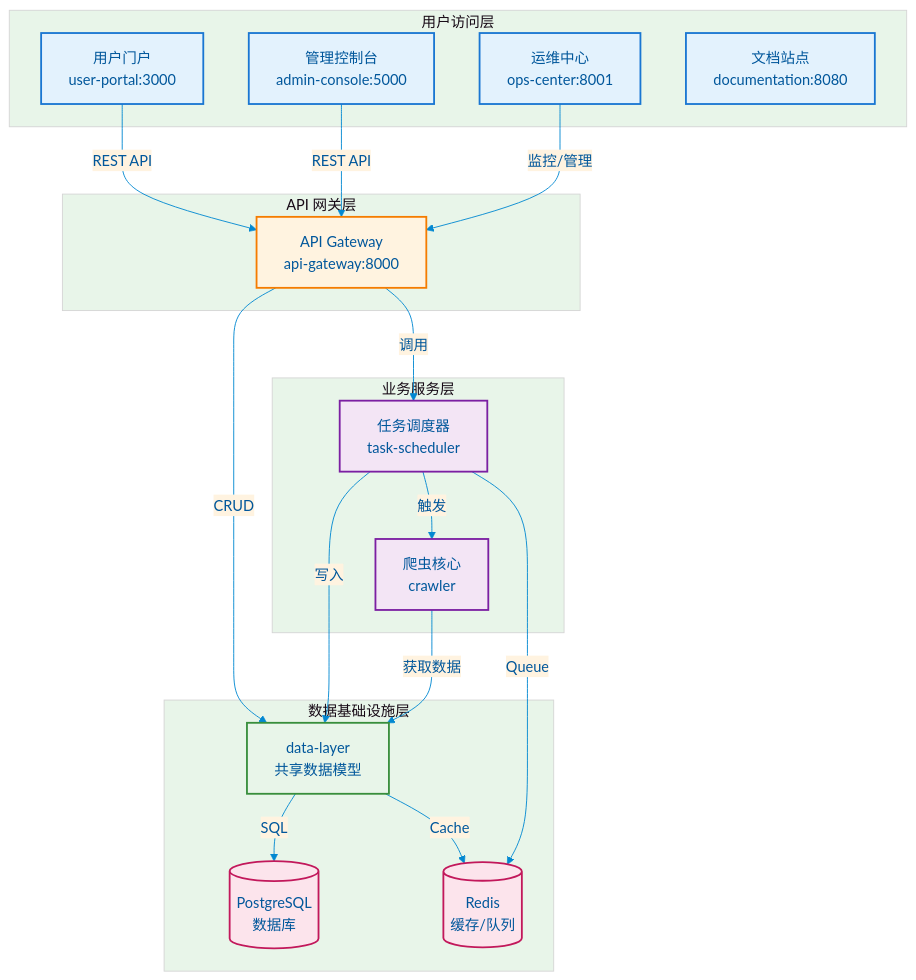
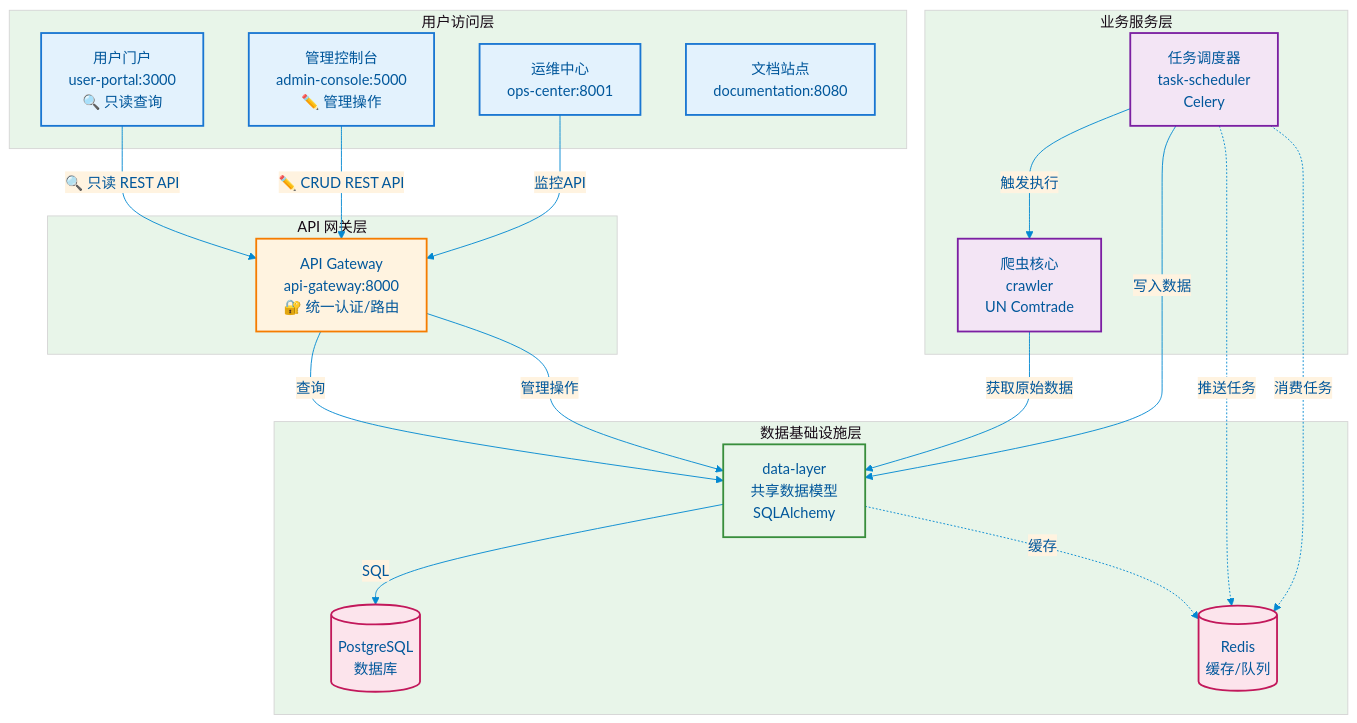
The first of 2 diagrams in README.md (Kryon-4Y4/C_Hot), drawn with Mermaid before and after one commit. The commit also changed other lines of this file, not shown here.

````diff
--- a/README.md
+++ b/README.md
@@ -9,58 +9,61 @@
 ```mermaid
 %%{init: {'theme': 'base', 'themeVariables': { 'primaryColor': '#e1f5fe', 'primaryTextColor': '#01579b', 'primaryBorderColor': '#0288d1', 'lineColor': '#0288d1', 'secondaryColor': '#fff3e0', 'tertiaryColor': '#e8f5e9'}}}%%
 
 graph TB
     subgraph 用户层[用户访问层]
-        PORTAL[用户门户<br/>user-portal:3000]
-        ADMIN[管理控制台<br/>admin-console:5000]
+        PORTAL[用户门户<br/>user-portal:3000<br/>🔍 只读查询]
+        ADMIN[管理控制台<br/>admin-console:5000<br/>✏️ 管理操作]
         OPS[运维中心<br/>ops-center:8001]
         DOCS[文档站点<br/>documentation:8080]
     end
 
     subgraph 网关层[API 网关层]
-        APIGW[API Gateway<br/>api-gateway:8000]
+        APIGW[API Gateway<br/>api-gateway:8000<br/>🔐 统一认证/路由]
     end
 
     subgraph 服务层[业务服务层]
-        SCHEDULER[任务调度器<br/>task-scheduler]
-        CRAWLER[爬虫核心<br/>crawler]
+        SCHEDULER[任务调度器<br/>task-scheduler<br/>Celery]
+        CRAWLER[爬虫核心<br/>crawler<br/>UN Comtrade]
     end
 
     subgraph 数据层[数据基础设施层]
-        DATALAYER[data-layer<br/>共享数据模型]
+        DATALAYER[data-layer<br/>共享数据模型<br/>SQLAlchemy]
         POSTGRES[(PostgreSQL<br/>数据库)]
         REDIS[(Redis<br/>缓存/队列)]
     end
 
-    %% 用户访问流向
-    PORTAL -->|REST API| APIGW
-    ADMIN -->|REST API| APIGW
-    OPS -->|监控/管理| APIGW
+    %% 所有前端应用都通过 API Gateway
+    PORTAL -->|🔍 只读 REST API| APIGW
+    ADMIN -->|✏️ CRUD REST API| APIGW
+    OPS -->|监控API| APIGW
     
-    %% 网关到服务
-    APIGW -->|调用| SCHEDULER
-    APIGW -->|CRUD| DATALAYER
+    %% API Gateway 统一访问数据层
+    APIGW -->|查询| DATALAYER
+    APIGW -->|管理操作| DATALAYER
     
-    %% 任务调度
-    SCHEDULER -->|触发| CRAWLER
-    SCHEDULER -->|写入| DATALAYER
-    CRAWLER -->|获取数据| DATALAYER
+    %% 任务调度流（后台服务直连数据层）
+    SCHEDULER -->|触发执行| CRAWLER
+    SCHEDULER -->|写入数据| DATALAYER
+    CRAWLER -->|获取原始数据| DATALAYER
     
-    %% 数据层内部
+    %% 队列（Celery任务队列）
+    SCHEDULER -.->|推送任务| REDIS
+    SCHEDULER -.->|消费任务| REDIS
+    
+    %% 数据层到存储
     DATALAYER -->|SQL| POSTGRES
-    DATALAYER -->|Cache| REDIS
-    SCHEDULER -->|Queue| REDIS
+    DATALAYER -.->|缓存| REDIS
 
     %% 样式
     classDef frontend fill:#e3f2fd,stroke:#1976d2,stroke-width:2px
     classDef gateway fill:#fff3e0,stroke:#f57c00,stroke-width:2px
     classDef service fill:#f3e5f5,stroke:#7b1fa2,stroke-width:2px
     classDef data fill:#e8f5e9,stroke:#388e3c,stroke-width:2px
     classDef storage fill:#fce4ec,stroke:#c2185b,stroke-width:2px
     
     class PORTAL,ADMIN,OPS,DOCS frontend
     class APIGW gateway
     class SCHEDULER,CRAWLER service
     class DATALAYER data
     class POSTGRES,REDIS storage
 ```
````
